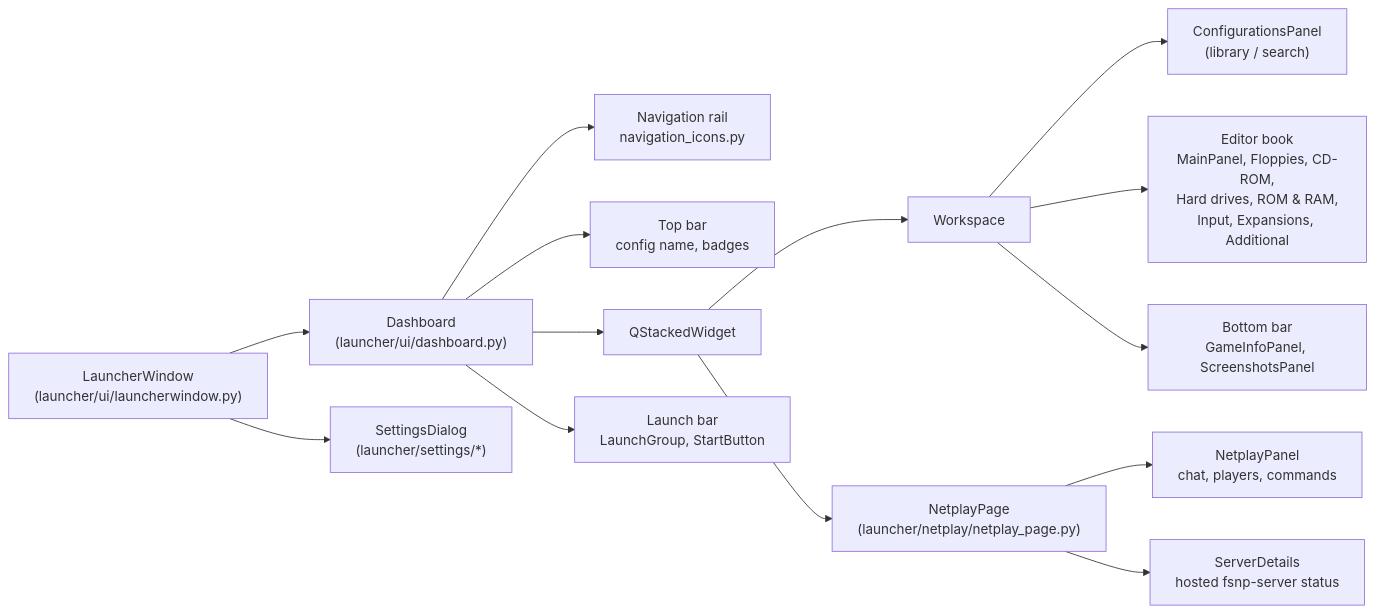
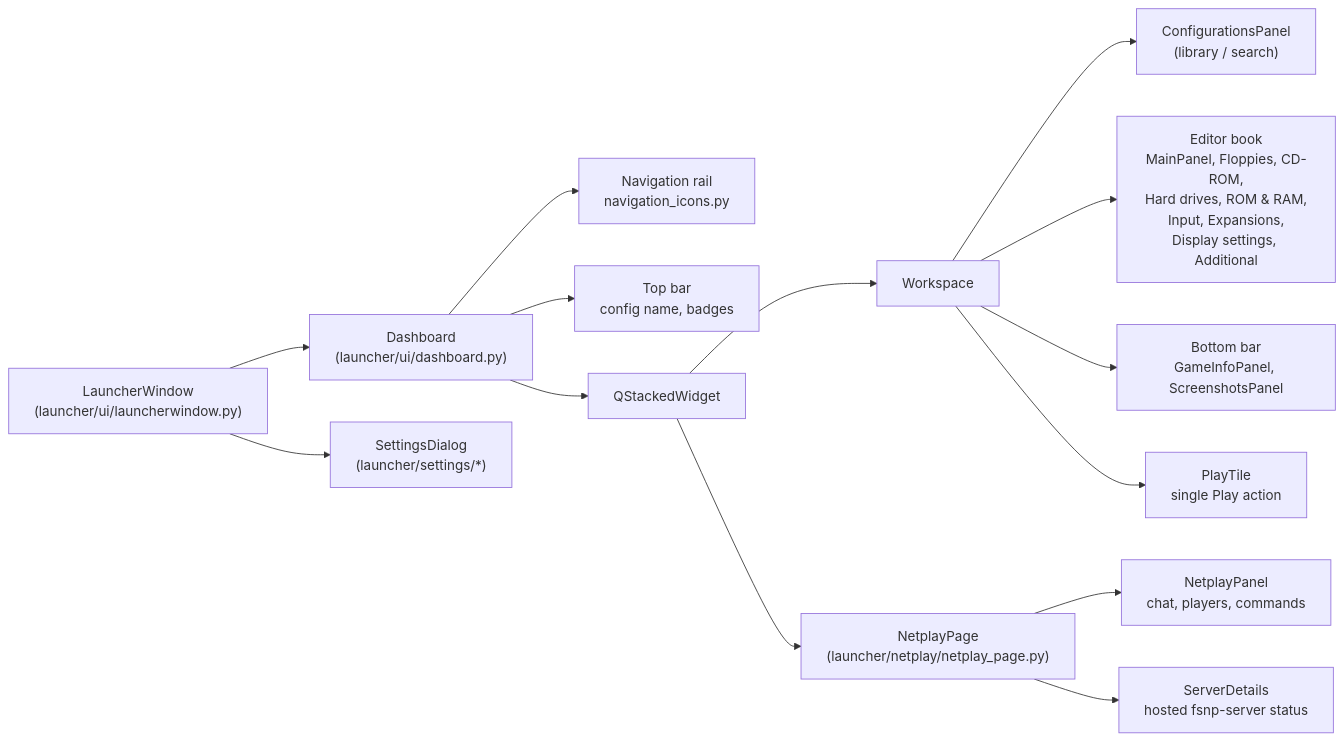
Before and after one commit to pdabel/fs-uae-launcher: the third of 5 diagrams in docs/architecture.md, drawn with Mermaid. The commit also changed other lines of this file and 7 other files, not shown here.

Commit message:
Consolidate display settings and streamline launcher controls (#152)

````diff
--- a/docs/architecture.md
+++ b/docs/architecture.md
@@ -130,17 +130,17 @@
 ```mermaid
 flowchart LR
     LW["LauncherWindow<br/>(launcher/ui/launcherwindow.py)"]
     LW --> DB["Dashboard<br/>(launcher/ui/dashboard.py)"]
     DB --> NAV["Navigation rail<br/>navigation_icons.py"]
     DB --> TOP["Top bar<br/>config name, badges"]
     DB --> STACK["QStackedWidget"]
     STACK --> WS["Workspace"]
     STACK --> NP["NetplayPage<br/>(launcher/netplay/netplay_page.py)"]
     WS --> LIB["ConfigurationsPanel<br/>(library / search)"]
-    WS --> ED["Editor book<br/>MainPanel, Floppies, CD-ROM,<br/>Hard drives, ROM & RAM,<br/>Input, Expansions, Additional"]
+    WS --> ED["Editor book<br/>MainPanel, Floppies, CD-ROM,<br/>Hard drives, ROM & RAM,<br/>Input, Expansions,<br/>Display settings, Additional"]
     WS --> MEDIA["Bottom bar<br/>GameInfoPanel, ScreenshotsPanel"]
-    DB --> LAUNCH["Launch bar<br/>LaunchGroup, StartButton"]
+    WS --> PLAY["PlayTile<br/>single Play action"]
     NP --> PANEL["NetplayPanel<br/>chat, players, commands"]
     NP --> SD["ServerDetails<br/>hosted fsnp-server status"]
     LW --> SET["SettingsDialog<br/>(launcher/settings/*)"]
 ```
````
